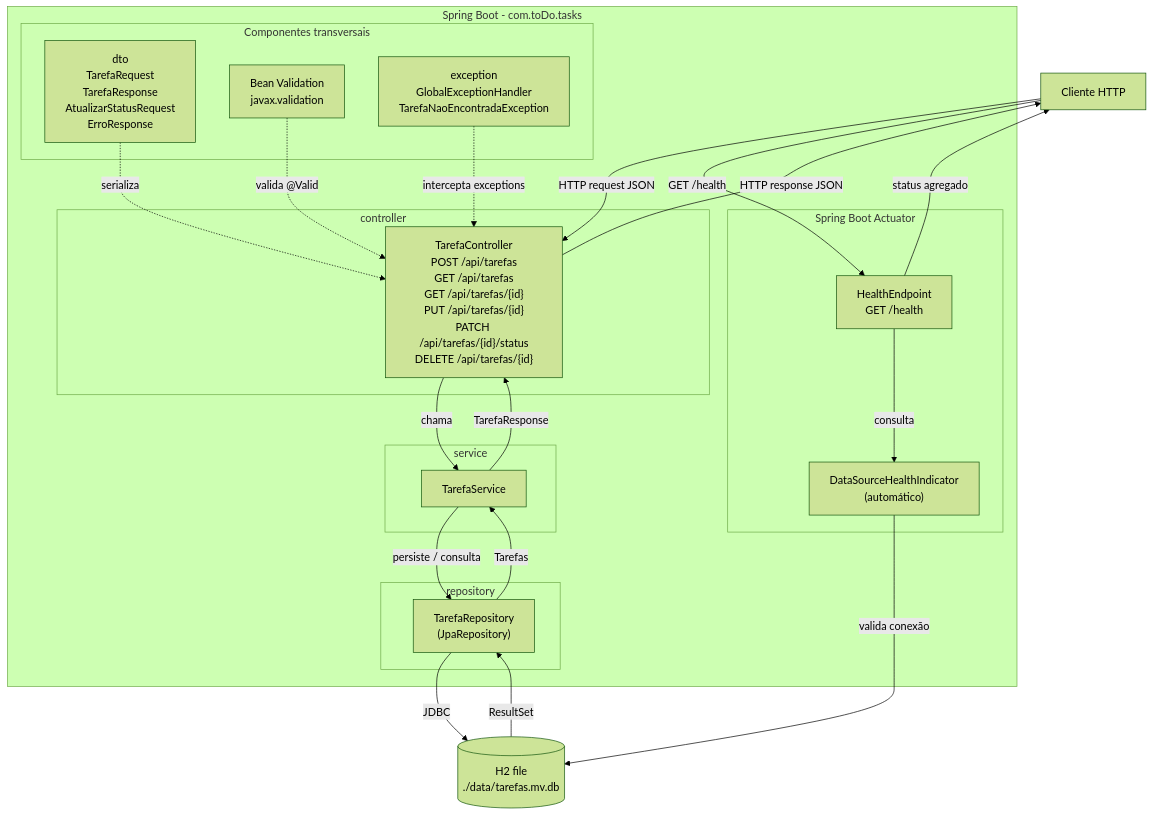
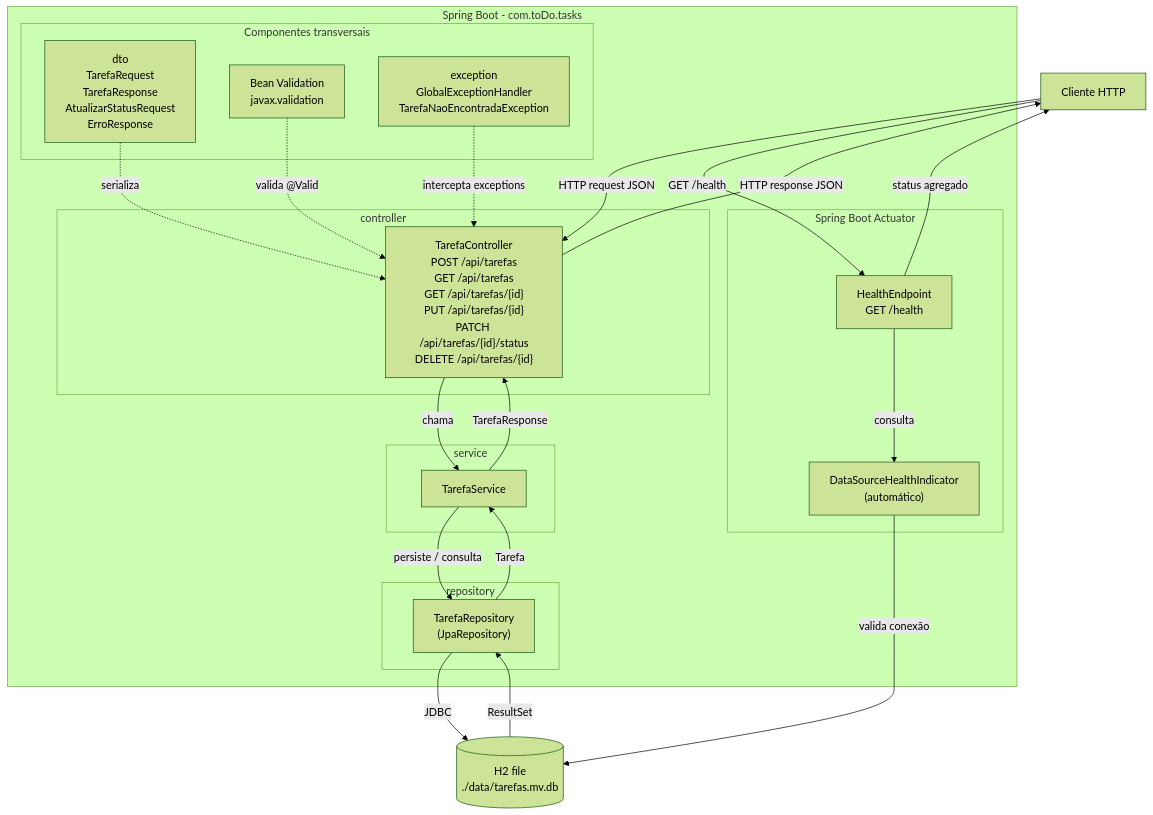
One commit to marcosandre19/ToDo-IA-ms changed the first of 5 diagrams in docs/diagramas.md. Above: the diagram before and after it, drawn with Mermaid (forest theme). The commit also changed other lines of this file and 2 other files, not shown here.

First line of the commit message:
docs: alinhar escopo, backlog e diagramas à entidade Tarefa

````diff
--- a/docs/diagramas.md
+++ b/docs/diagramas.md
@@ -9,49 +9,49 @@
 ```mermaid
 flowchart TD
     Cliente[Cliente HTTP]
 
     subgraph Aplicacao[Spring Boot - com.toDo.tasks]
         subgraph Controller[controller]
             TC["TarefaController<br/>POST /api/tarefas<br/>GET /api/tarefas<br/>GET /api/tarefas/{id}<br/>PUT /api/tarefas/{id}<br/>PATCH /api/tarefas/{id}/status<br/>DELETE /api/tarefas/{id}"]
         end
 
         subgraph Actuator[Spring Boot Actuator]
             HE["HealthEndpoint<br/>GET /health"]
             DHI["DataSourceHealthIndicator<br/>(automático)"]
         end
 
         subgraph Service[service]
             TS[TarefaService]
         end
 
         subgraph Repository[repository]
             TR["TarefaRepository<br/>(JpaRepository)"]
         end
 
         subgraph Transversais[Componentes transversais]
             DTO["dto<br/>TarefaRequest<br/>TarefaResponse<br/>AtualizarStatusRequest<br/>ErroResponse"]
             BV[Bean Validation<br/>javax.validation]
             GEH["exception<br/>GlobalExceptionHandler<br/>TarefaNaoEncontradaException"]
         end
     end
 
     H2[(H2 file<br/>./data/tarefas.mv.db)]
 
     Cliente -->|HTTP request JSON| TC
     TC -->|chama| TS
     TS -->|persiste / consulta| TR
     TR -->|JDBC| H2
     H2 -->|ResultSet| TR
-    TR -->|Tarefas| TS
+    TR -->|Tarefa| TS
     TS -->|TarefaResponse| TC
     TC -->|HTTP response JSON| Cliente
 
     Cliente -->|GET /health| HE
     HE -->|consulta| DHI
     DHI -->|valida conexão| H2
     HE -->|status agregado| Cliente
 
     DTO -.serializa.-> TC
     BV -.valida @Valid.-> TC
     GEH -.intercepta exceptions.-> TC
 ```
````
